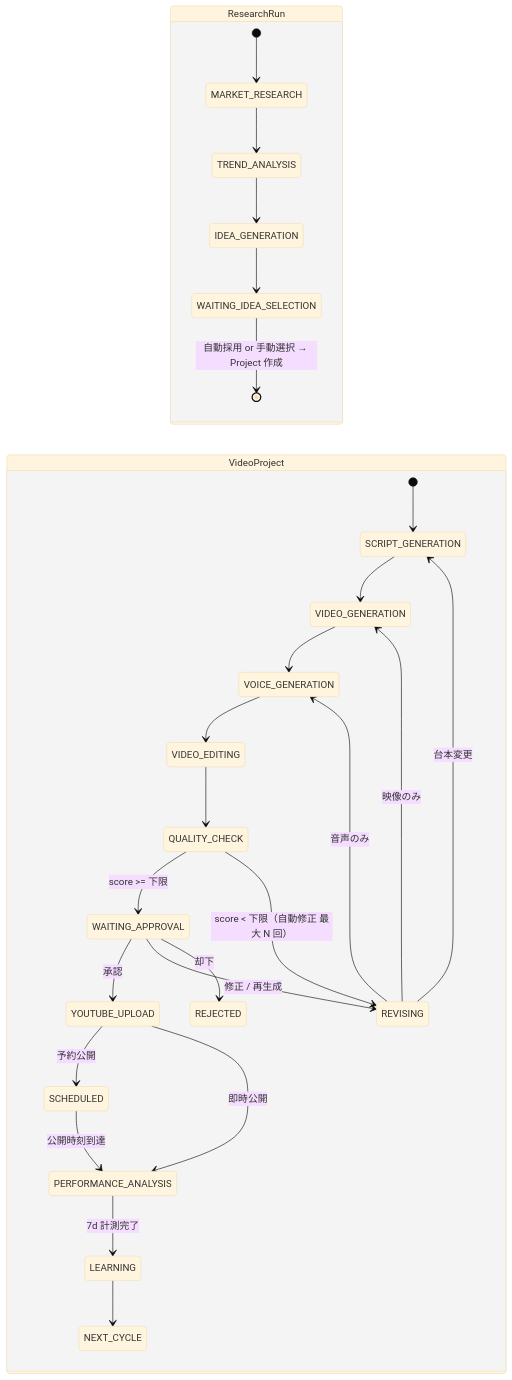
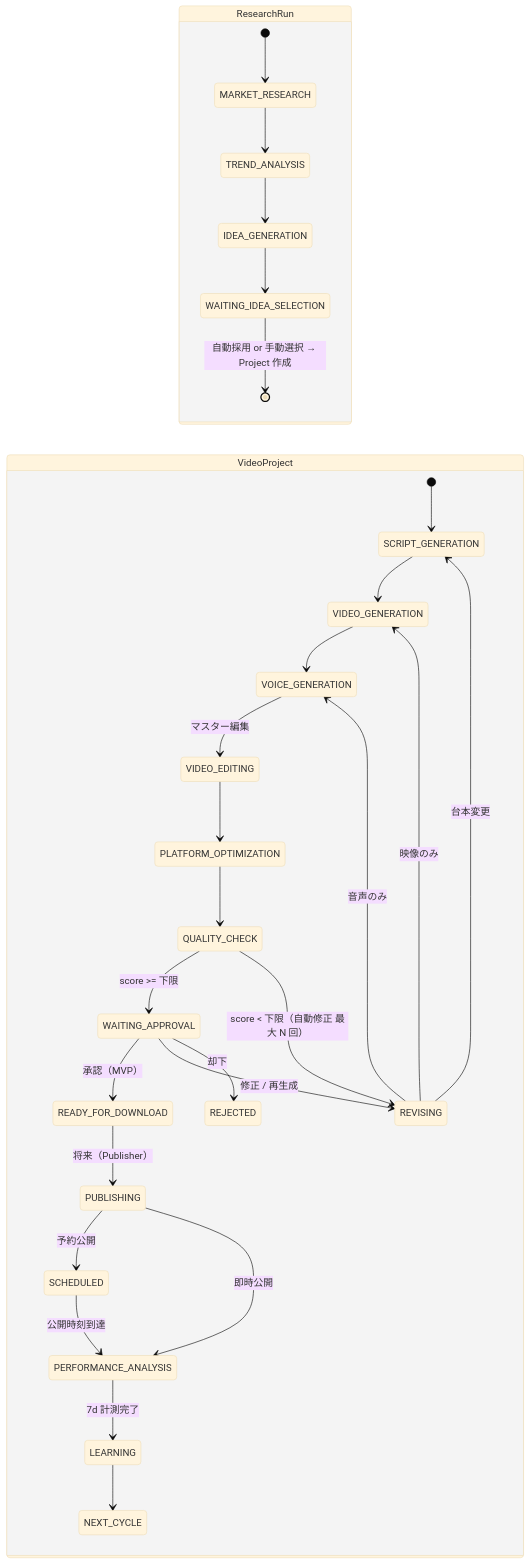
One commit to gangidenset/ai-youtube-agent changed the diagram in docs/workflow.md. Above: the diagram before and after it, drawn with Mermaid (base theme). The commit also changed other lines of this file and 9 other files, not shown here.

````diff
--- a/docs/workflow.md
+++ b/docs/workflow.md
@@ -11,31 +11,33 @@
 ```mermaid
 stateDiagram-v2
   direction LR
   state ResearchRun {
     [*] --> MARKET_RESEARCH
     MARKET_RESEARCH --> TREND_ANALYSIS
     TREND_ANALYSIS --> IDEA_GENERATION
     IDEA_GENERATION --> WAITING_IDEA_SELECTION
     WAITING_IDEA_SELECTION --> [*]: 自動採用 or 手動選択 → Project 作成
   }
   state VideoProject {
     [*] --> SCRIPT_GENERATION
     SCRIPT_GENERATION --> VIDEO_GENERATION
     VIDEO_GENERATION --> VOICE_GENERATION
-    VOICE_GENERATION --> VIDEO_EDITING
-    VIDEO_EDITING --> QUALITY_CHECK
+    VOICE_GENERATION --> VIDEO_EDITING: マスター編集
+    VIDEO_EDITING --> PLATFORM_OPTIMIZATION
+    PLATFORM_OPTIMIZATION --> QUALITY_CHECK
     QUALITY_CHECK --> WAITING_APPROVAL: score >= 下限
     QUALITY_CHECK --> REVISING: score < 下限（自動修正 最大 N 回）
-    WAITING_APPROVAL --> YOUTUBE_UPLOAD: 承認
+    WAITING_APPROVAL --> READY_FOR_DOWNLOAD: 承認（MVP）
+    READY_FOR_DOWNLOAD --> PUBLISHING: 将来（Publisher）
     WAITING_APPROVAL --> REVISING: 修正 / 再生成
     WAITING_APPROVAL --> REJECTED: 却下
     REVISING --> SCRIPT_GENERATION: 台本変更
     REVISING --> VIDEO_GENERATION: 映像のみ
     REVISING --> VOICE_GENERATION: 音声のみ
-    YOUTUBE_UPLOAD --> SCHEDULED: 予約公開
-    YOUTUBE_UPLOAD --> PERFORMANCE_ANALYSIS: 即時公開
+    PUBLISHING --> SCHEDULED: 予約公開
+    PUBLISHING --> PERFORMANCE_ANALYSIS: 即時公開
     SCHEDULED --> PERFORMANCE_ANALYSIS: 公開時刻到達
     PERFORMANCE_ANALYSIS --> LEARNING: 7d 計測完了
     LEARNING --> NEXT_CYCLE
   }
 ```
````
